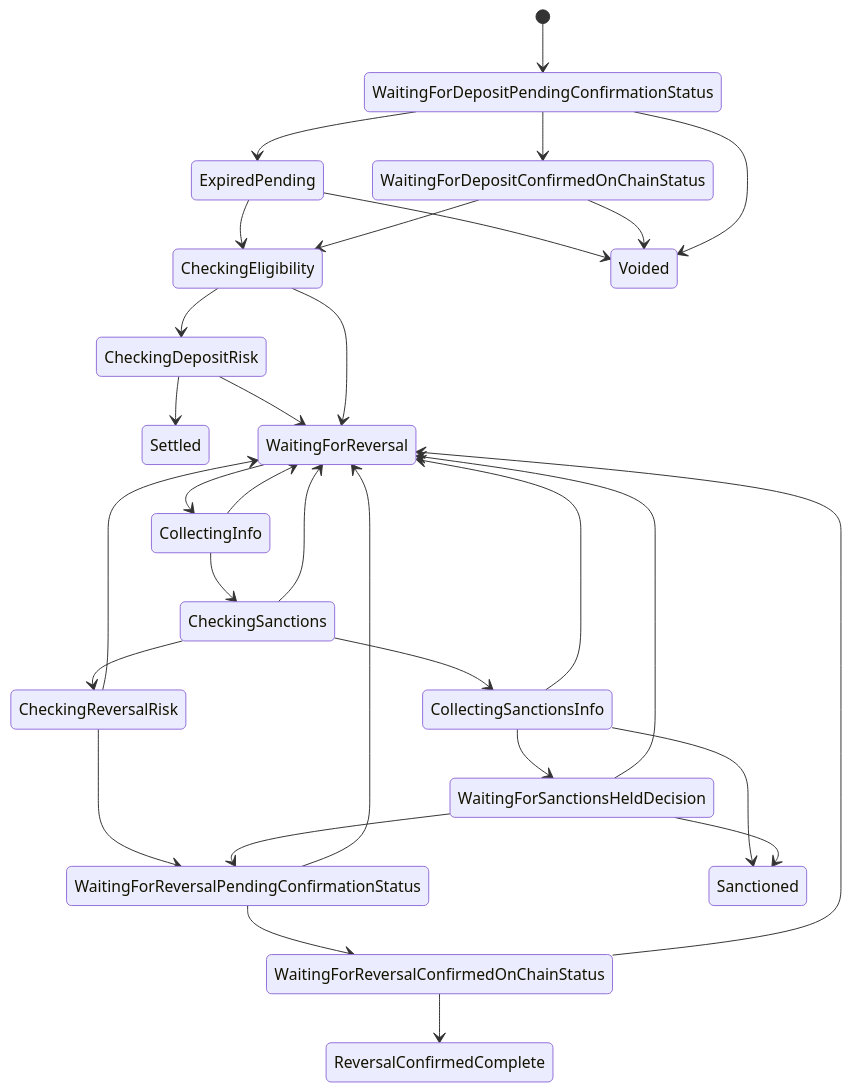
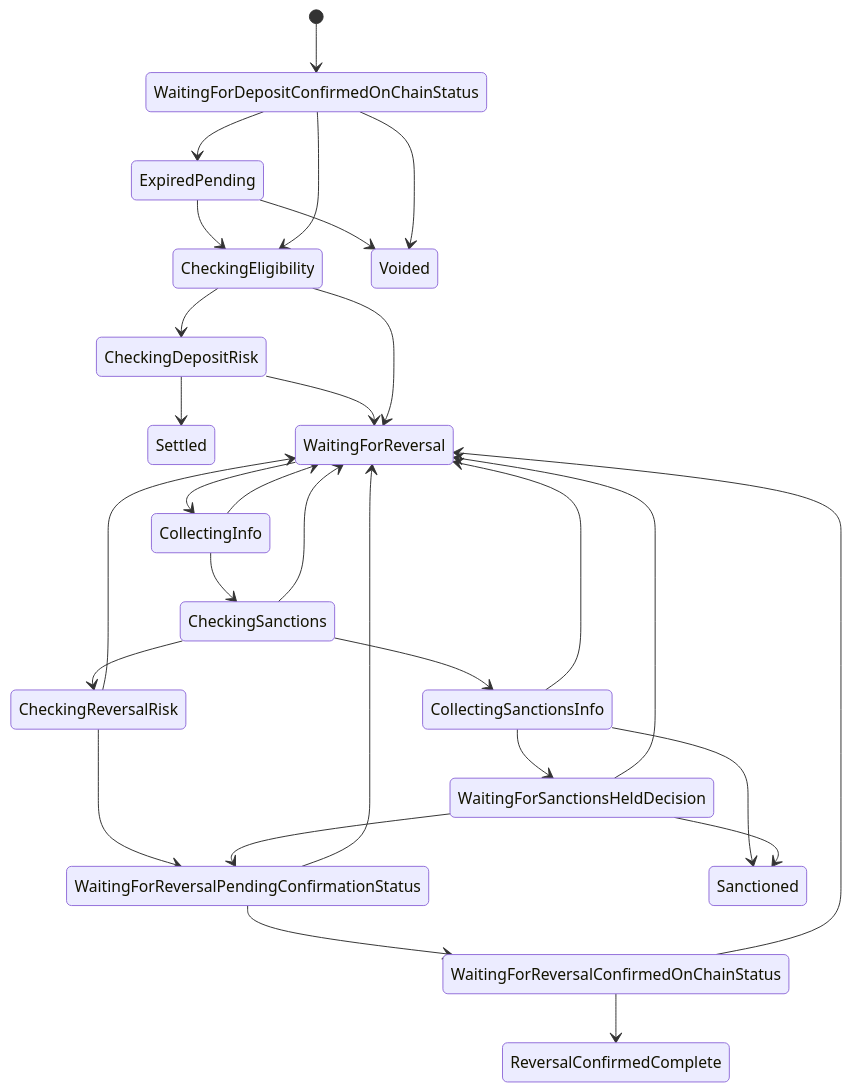
Before and after one commit to block/bitty-city: the diagram in innie/docs/state-machine.md, drawn with Mermaid. The commit also changed 63 other files, not shown here.

````diff
--- a/innie/docs/state-machine.md
+++ b/innie/docs/state-machine.md
@@ -1,33 +1,31 @@
 ```mermaid
 stateDiagram-v2
-    [*] --> WaitingForDepositPendingConfirmationStatus
+    [*] --> WaitingForDepositConfirmedOnChainStatus
     CheckingDepositRisk --> Settled
     CheckingDepositRisk --> WaitingForReversal
     CheckingEligibility --> CheckingDepositRisk
     CheckingEligibility --> WaitingForReversal
     CheckingReversalRisk --> WaitingForReversal
     CheckingReversalRisk --> WaitingForReversalPendingConfirmationStatus
     CheckingSanctions --> CheckingReversalRisk
     CheckingSanctions --> CollectingSanctionsInfo
     CheckingSanctions --> WaitingForReversal
     CollectingInfo --> CheckingSanctions
     CollectingInfo --> WaitingForReversal
     CollectingSanctionsInfo --> Sanctioned
     CollectingSanctionsInfo --> WaitingForReversal
     CollectingSanctionsInfo --> WaitingForSanctionsHeldDecision
     ExpiredPending --> CheckingEligibility
     ExpiredPending --> Voided
     WaitingForDepositConfirmedOnChainStatus --> CheckingEligibility
+    WaitingForDepositConfirmedOnChainStatus --> ExpiredPending
     WaitingForDepositConfirmedOnChainStatus --> Voided
-    WaitingForDepositPendingConfirmationStatus --> ExpiredPending
-    WaitingForDepositPendingConfirmationStatus --> Voided
-    WaitingForDepositPendingConfirmationStatus --> WaitingForDepositConfirmedOnChainStatus
     WaitingForReversal --> CollectingInfo
     WaitingForReversalConfirmedOnChainStatus --> ReversalConfirmedComplete
     WaitingForReversalConfirmedOnChainStatus --> WaitingForReversal
     WaitingForReversalPendingConfirmationStatus --> WaitingForReversal
     WaitingForReversalPendingConfirmationStatus --> WaitingForReversalConfirmedOnChainStatus
     WaitingForSanctionsHeldDecision --> Sanctioned
     WaitingForSanctionsHeldDecision --> WaitingForReversal
     WaitingForSanctionsHeldDecision --> WaitingForReversalPendingConfirmationStatus
 ```
````
